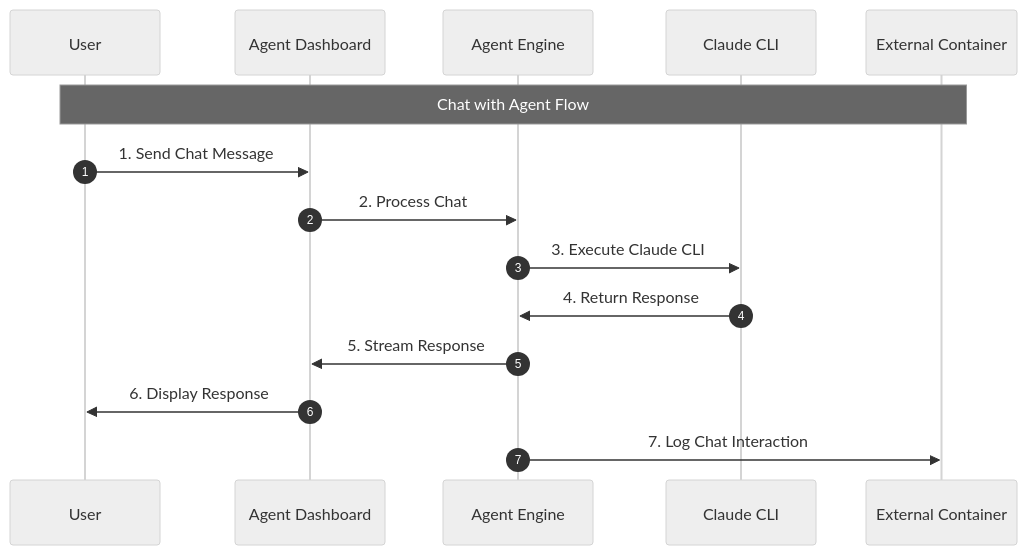
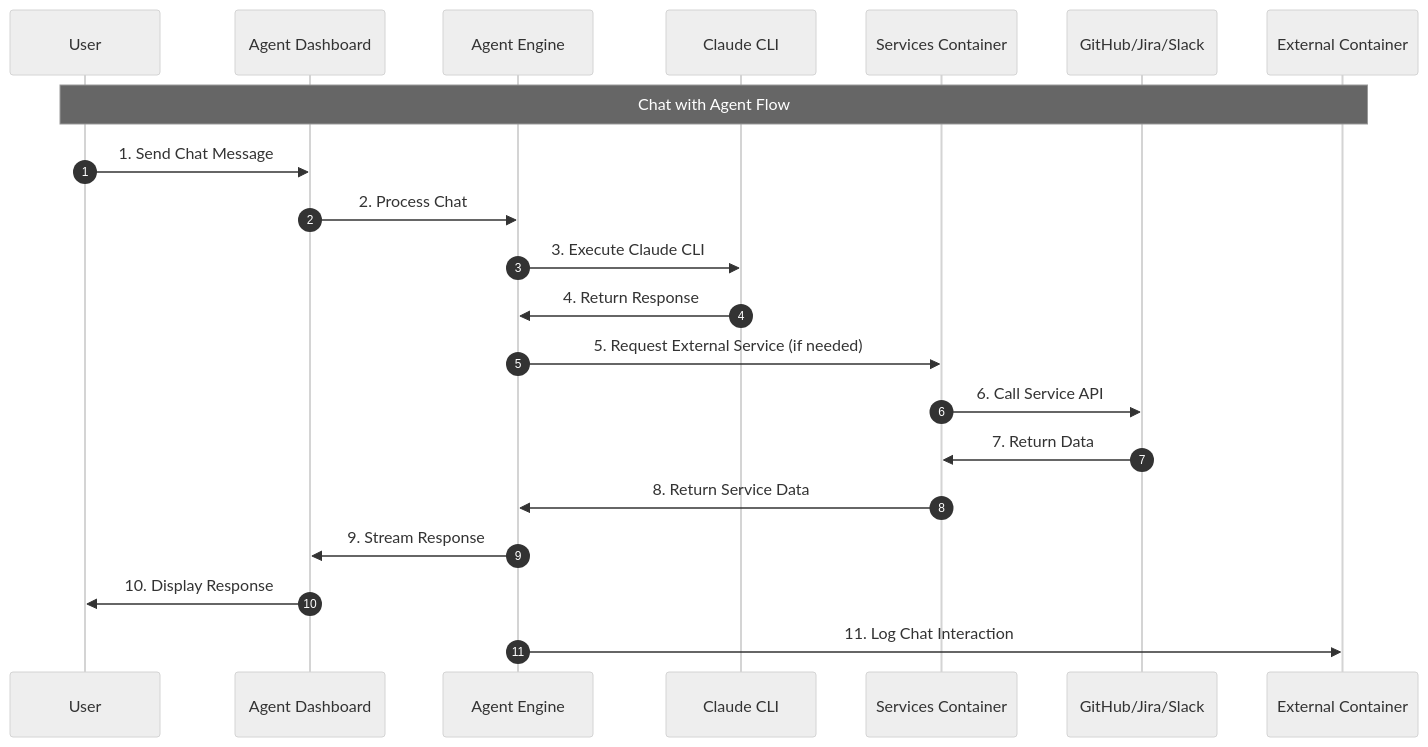
The eighth of 14 diagrams in claude-code-agent/docs/ARCHITECTURE_PROPOSED_MERMAID.md (rom-orlovich/agents-system), drawn with Mermaid (neutral theme) before and after one commit. The commit also changed other lines of this file and 3 other files, not shown here.

````diff
--- a/claude-code-agent/docs/ARCHITECTURE_PROPOSED_MERMAID.md
+++ b/claude-code-agent/docs/ARCHITECTURE_PROPOSED_MERMAID.md
@@ -281,18 +394,24 @@
 ```mermaid
 sequenceDiagram
     autonumber
     participant User as User
     participant AgentDashboard as Agent Dashboard
     participant AgentEngine as Agent Engine
     participant CLI as Claude CLI
+    participant ServicesContainer as Services Container
+    participant ExternalServices as GitHub/Jira/Slack
     participant External as External Container
 
     Note over User,External: Chat with Agent Flow
     User->>AgentDashboard: 1. Send Chat Message
     AgentDashboard->>AgentEngine: 2. Process Chat
     AgentEngine->>CLI: 3. Execute Claude CLI
     CLI->>AgentEngine: 4. Return Response
-    AgentEngine->>AgentDashboard: 5. Stream Response
-    AgentDashboard->>User: 6. Display Response
-    AgentEngine->>External: 7. Log Chat Interaction
+    AgentEngine->>ServicesContainer: 5. Request External Service (if needed)
+    ServicesContainer->>ExternalServices: 6. Call Service API
+    ExternalServices->>ServicesContainer: 7. Return Data
+    ServicesContainer->>AgentEngine: 8. Return Service Data
+    AgentEngine->>AgentDashboard: 9. Stream Response
+    AgentDashboard->>User: 10. Display Response
+    AgentEngine->>External: 11. Log Chat Interaction
 ```
````
